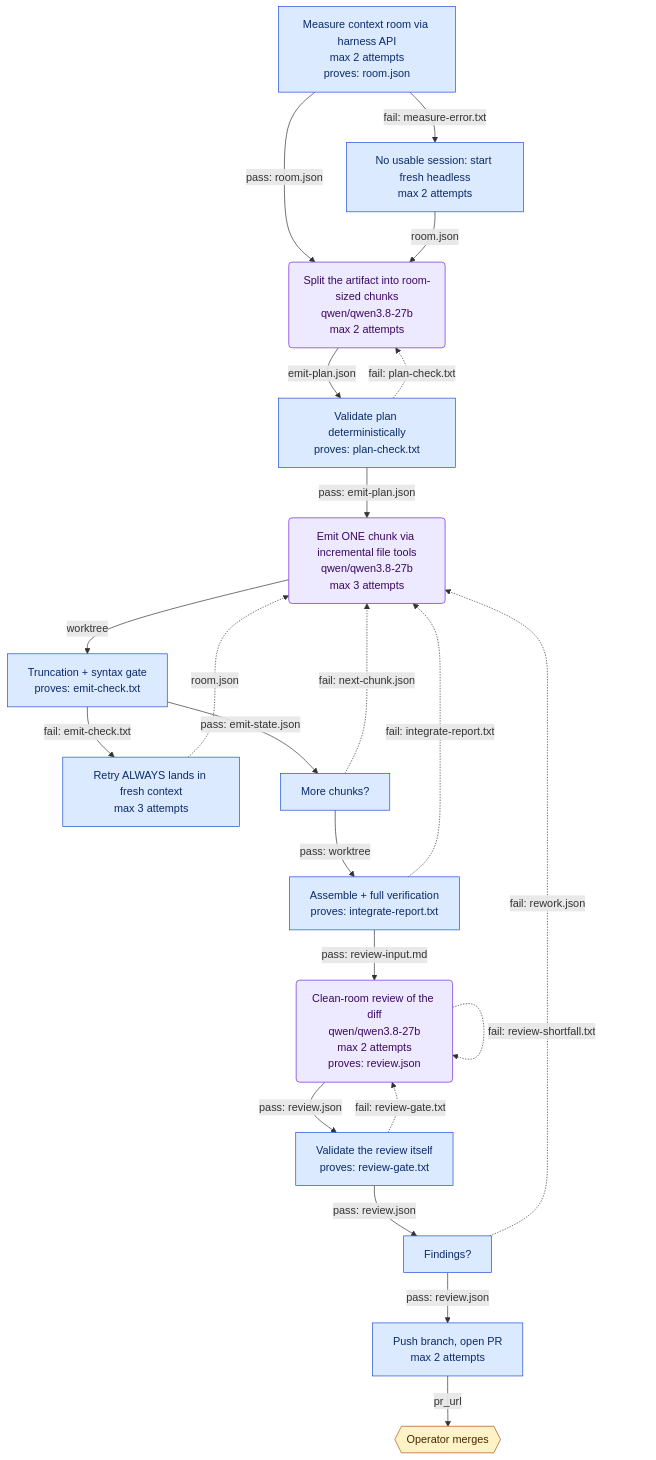
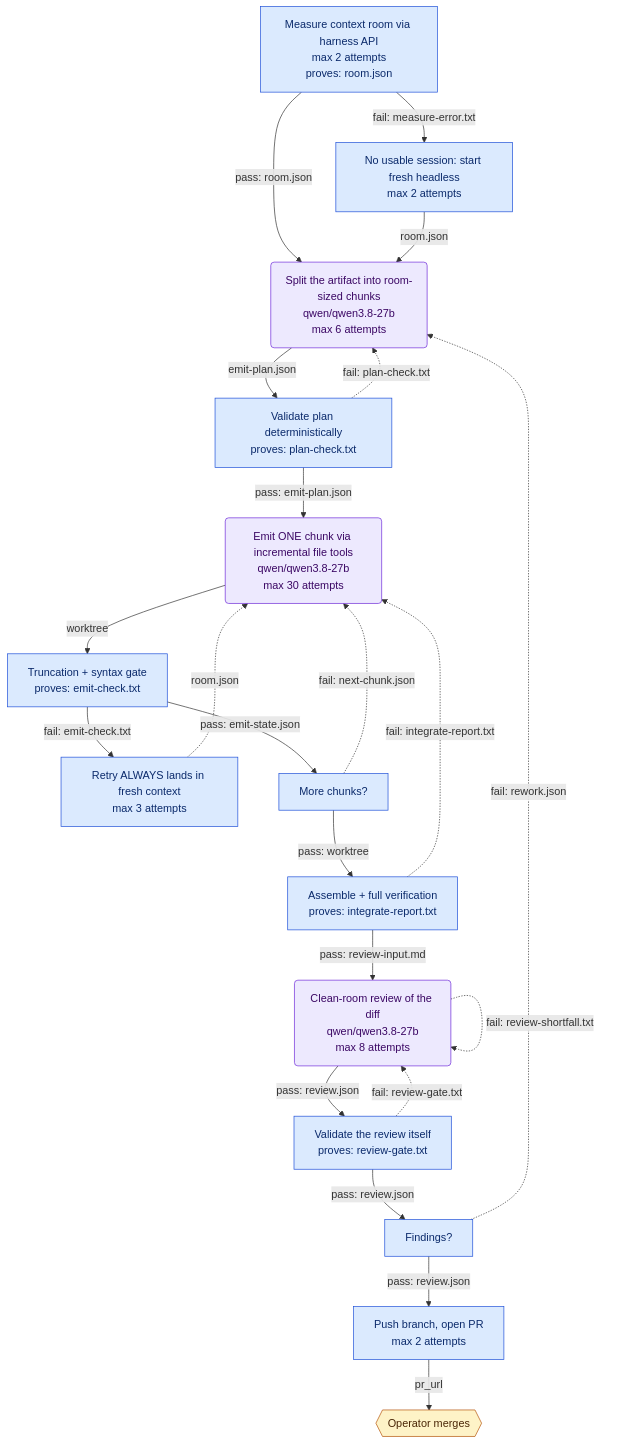
One commit to scottconverse/halo-stack changed the diagram in docs/design/budgeted-emit-pipeline.mermaid. Above: the diagram before and after it, drawn with Mermaid. The commit also changed 15 other files, not shown here.

```diff
--- a/docs/design/budgeted-emit-pipeline.mermaid
+++ b/docs/design/budgeted-emit-pipeline.mermaid
@@ -1,44 +1,44 @@
 flowchart TD
     measure_room["Measure context room via harness API<br/>max 2 attempts<br/>proves: room.json"]
     fresh_session_start["No usable session: start fresh headless<br/>max 2 attempts"]
-    plan_chunks("Split the artifact into room-sized chunks<br/>qwen/qwen3.8-27b<br/>max 2 attempts")
+    plan_chunks("Split the artifact into room-sized chunks<br/>qwen/qwen3.8-27b<br/>max 6 attempts")
     plan_check["Validate plan deterministically<br/>proves: plan-check.txt"]
-    emit_chunk("Emit ONE chunk via incremental file tools<br/>qwen/qwen3.8-27b<br/>max 3 attempts")
+    emit_chunk("Emit ONE chunk via incremental file tools<br/>qwen/qwen3.8-27b<br/>max 30 attempts")
     emit_check["Truncation + syntax gate<br/>proves: emit-check.txt"]
     refresh_context["Retry ALWAYS lands in fresh context<br/>max 3 attempts"]
     route_next["More chunks?"]
     integrate["Assemble + full verification<br/>proves: integrate-report.txt"]
-    review("Clean-room review of the diff<br/>qwen/qwen3.8-27b<br/>max 2 attempts<br/>proves: review.json")
+    review("Clean-room review of the diff<br/>qwen/qwen3.8-27b<br/>max 8 attempts")
     review_gate["Validate the review itself<br/>proves: review-gate.txt"]
     verdict_route["Findings?"]
     open_pr["Push branch, open PR<br/>max 2 attempts"]
     accept{{"Operator merges"}}
 
     measure_room -- "pass: room.json" --> plan_chunks
     measure_room -- "fail: measure-error.txt" --> fresh_session_start
     fresh_session_start -- "room.json" --> plan_chunks
     plan_chunks -- "emit-plan.json" --> plan_check
     plan_check -- "pass: emit-plan.json" --> emit_chunk
     plan_check -. "fail: plan-check.txt" .-> plan_chunks
     emit_chunk -- "worktree" --> emit_check
     emit_check -- "pass: emit-state.json" --> route_next
     emit_check -- "fail: emit-check.txt" --> refresh_context
     refresh_context -. "room.json" .-> emit_chunk
     route_next -- "pass: worktree" --> integrate
     route_next -. "fail: next-chunk.json" .-> emit_chunk
     integrate -- "pass: review-input.md" --> review
     integrate -. "fail: integrate-report.txt" .-> emit_chunk
     review -- "pass: review.json" --> review_gate
     review -. "fail: review-shortfall.txt" .-> review
     review_gate -- "pass: review.json" --> verdict_route
     review_gate -. "fail: review-gate.txt" .-> review
     verdict_route -- "pass: review.json" --> open_pr
-    verdict_route -. "fail: rework.json" .-> emit_chunk
+    verdict_route -. "fail: rework.json" .-> plan_chunks
     open_pr -- "pr_url" --> accept
 
     classDef code fill:#dbeafe,stroke:#1d4ed8,stroke-width:1px,color:#0b2a6b;
     classDef agent fill:#ede9fe,stroke:#6d28d9,stroke-width:1px,color:#3b0764;
     classDef human fill:#fef3c7,stroke:#b45309,stroke-width:1px,color:#4a2606;
     class measure_room,fresh_session_start,plan_check,emit_check,refresh_context,route_next,integrate,review_gate,verdict_route,open_pr code;
     class plan_chunks,emit_chunk,review agent;
     class accept human;
```
